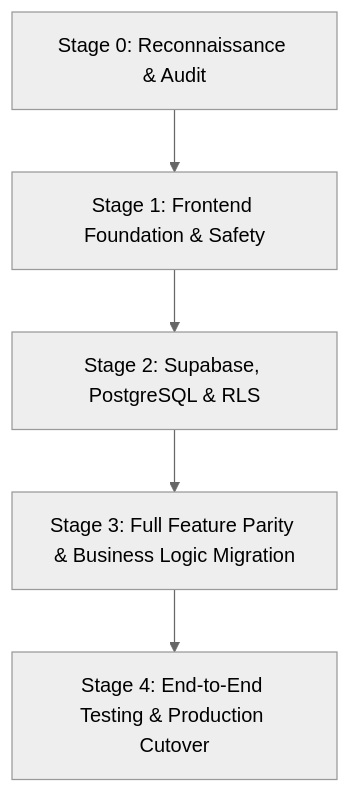
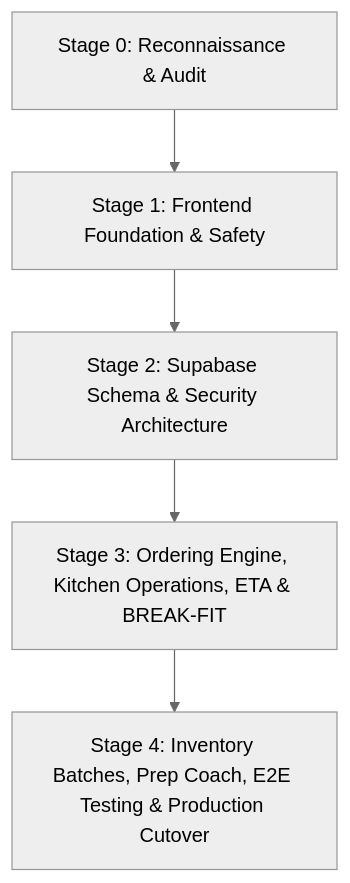
One commit to theninthfoundry/CampusBite changed the diagram in docs/migration-plan.md. Above: the diagram before and after it, drawn with Mermaid (neutral theme). The commit also changed other lines of this file and 4 other files, not shown here.

Commit message:
docs: add authoritative orders, kitchen operations, and ETA engine specifications

````diff
--- a/docs/migration-plan.md
+++ b/docs/migration-plan.md
@@ -33,7 +32,7 @@
 ```mermaid
 graph TD
     Stage0[Stage 0: Reconnaissance & Audit] --> Stage1[Stage 1: Frontend Foundation & Safety]
-    Stage1 --> Stage2[Stage 2: Supabase, PostgreSQL & RLS]
-    Stage2 --> Stage3[Stage 3: Full Feature Parity & Business Logic Migration]
-    Stage3 --> Stage4[Stage 4: End-to-End Testing & Production Cutover]
+    Stage1 --> Stage2[Stage 2: Supabase Schema & Security Architecture]
+    Stage2 --> Stage3[Stage 3: Ordering Engine, Kitchen Operations, ETA & BREAK-FIT]
+    Stage3 --> Stage4[Stage 4: Inventory Batches, Prep Coach, E2E Testing & Production Cutover]
 ```
````
